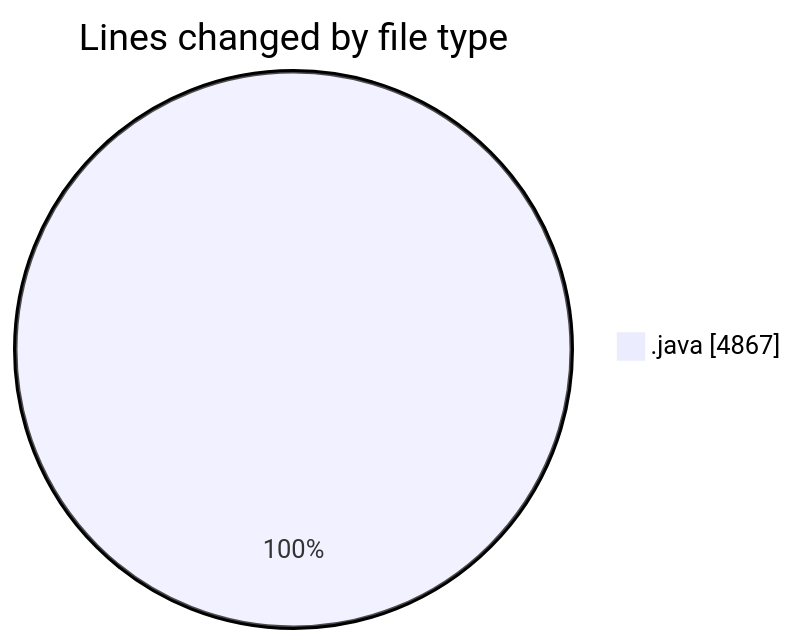
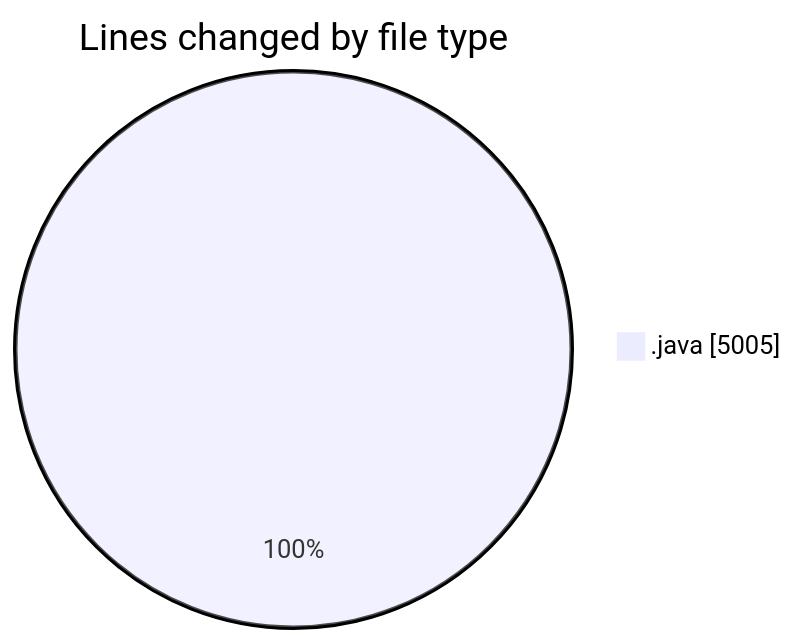
Before and after one commit to ricardozamudiocil/code-tracking: the first of 2 diagrams in 2026-04-30/cilapp/README.md, drawn with Mermaid. The commit also changed other lines of this file and 1 other file, not shown here.

````diff
--- a/2026-04-30/cilapp/README.md
+++ b/2026-04-30/cilapp/README.md
@@ -24,5 +24,5 @@
 ```mermaid
 pie showData
 title Lines changed by file type
-".java" : 4867
+".java" : 5005
 ```
````
